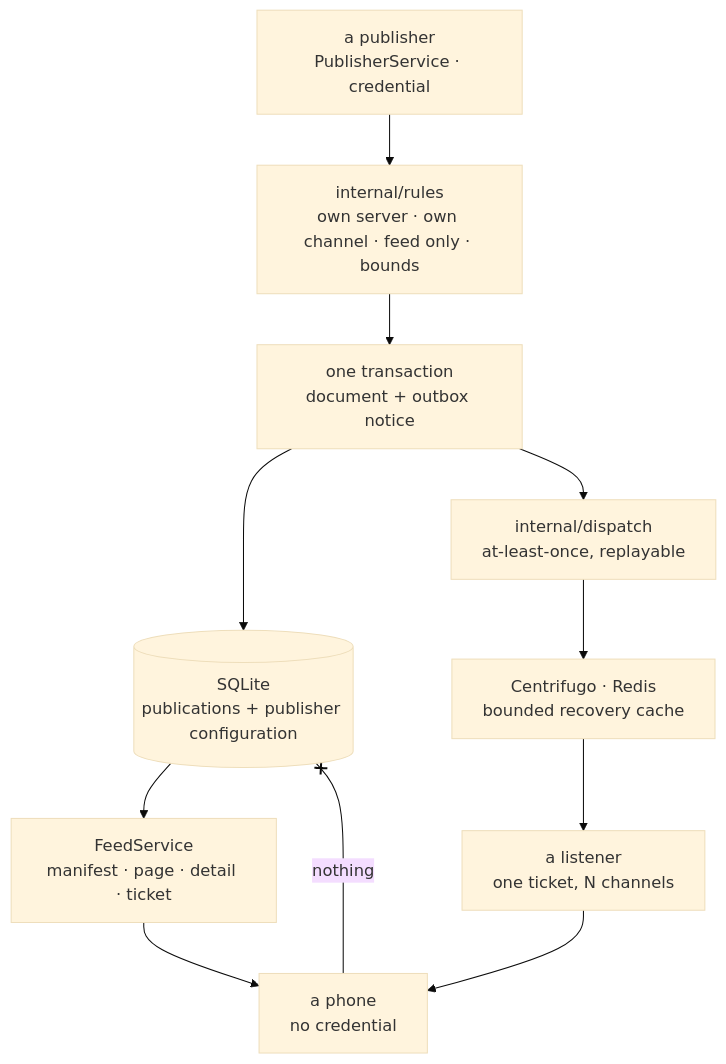
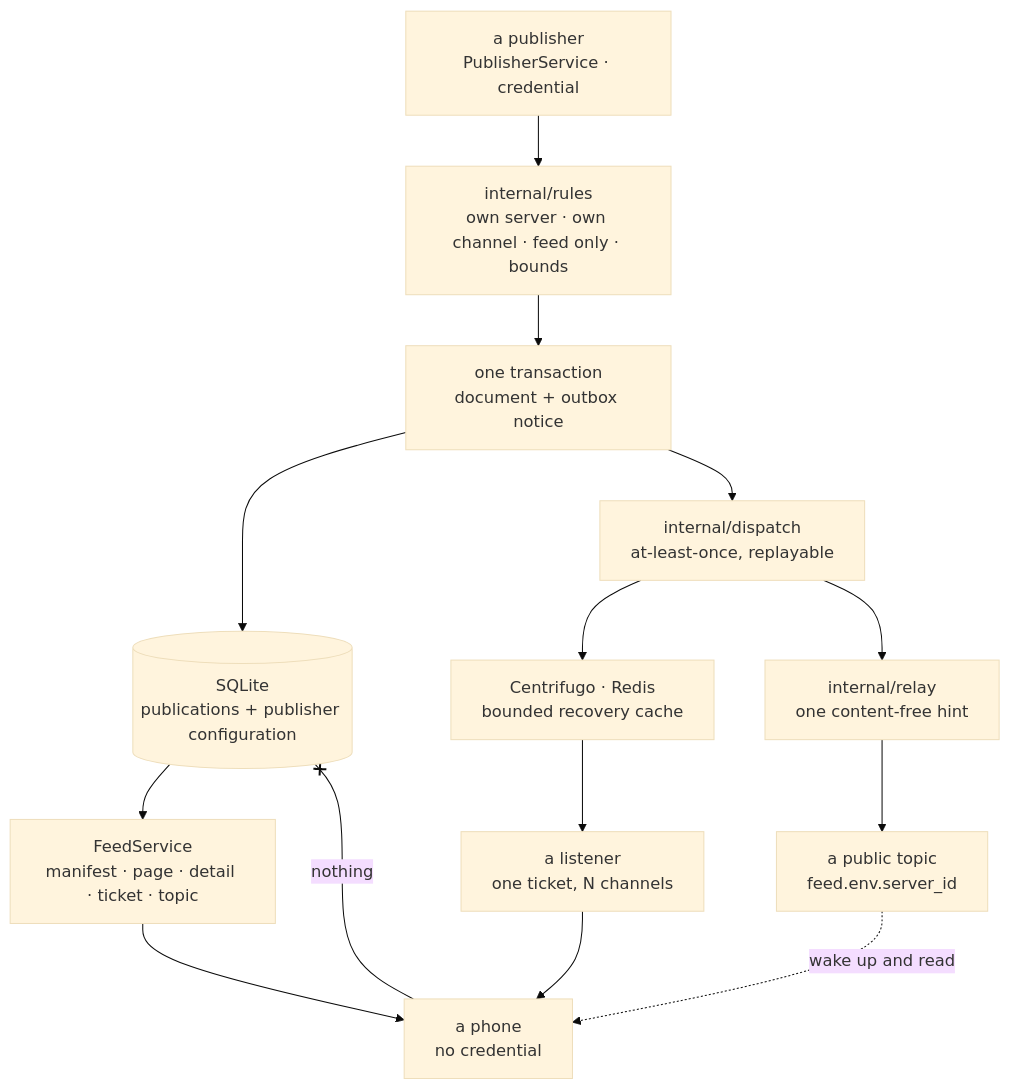
Before and after one commit to SeekerAgentConnect/sac: the ninth of 9 diagrams in docs/architecture.md, drawn with Mermaid (base theme). The commit also changed other lines of this file and 75 other files, not shown here.

````diff
--- a/docs/architecture.md
+++ b/docs/architecture.md
@@ -274,13 +274,16 @@
 ```mermaid
 flowchart TB
     Publisher["a publisher<br>PublisherService · credential"] --> Rules
     Rules["internal/rules<br>own server · own channel · feed only · bounds"] --> Commit
     Commit["one transaction<br>document + outbox notice"] --> Store[("SQLite<br>publications + publisher configuration")]
     Commit --> Drain["internal/dispatch<br>at-least-once, replayable"]
     Drain --> Broker["Centrifugo · Redis<br>bounded recovery cache"]
+    Drain --> Relay["internal/relay<br>one content-free hint"]
     Broker --> Listen["a listener<br>one ticket, N channels"]
-    Store --> Read["FeedService<br>manifest · page · detail · ticket"]
+    Relay --> Topic["a public topic<br>feed.env.server_id"]
+    Store --> Read["FeedService<br>manifest · page · detail · ticket · topic"]
     Read --> Phone["a phone<br>no credential"]
     Listen --> Phone
+    Topic -. "wake up and read" .-> Phone
     Phone -- "nothing" --x Store
 ```
````
